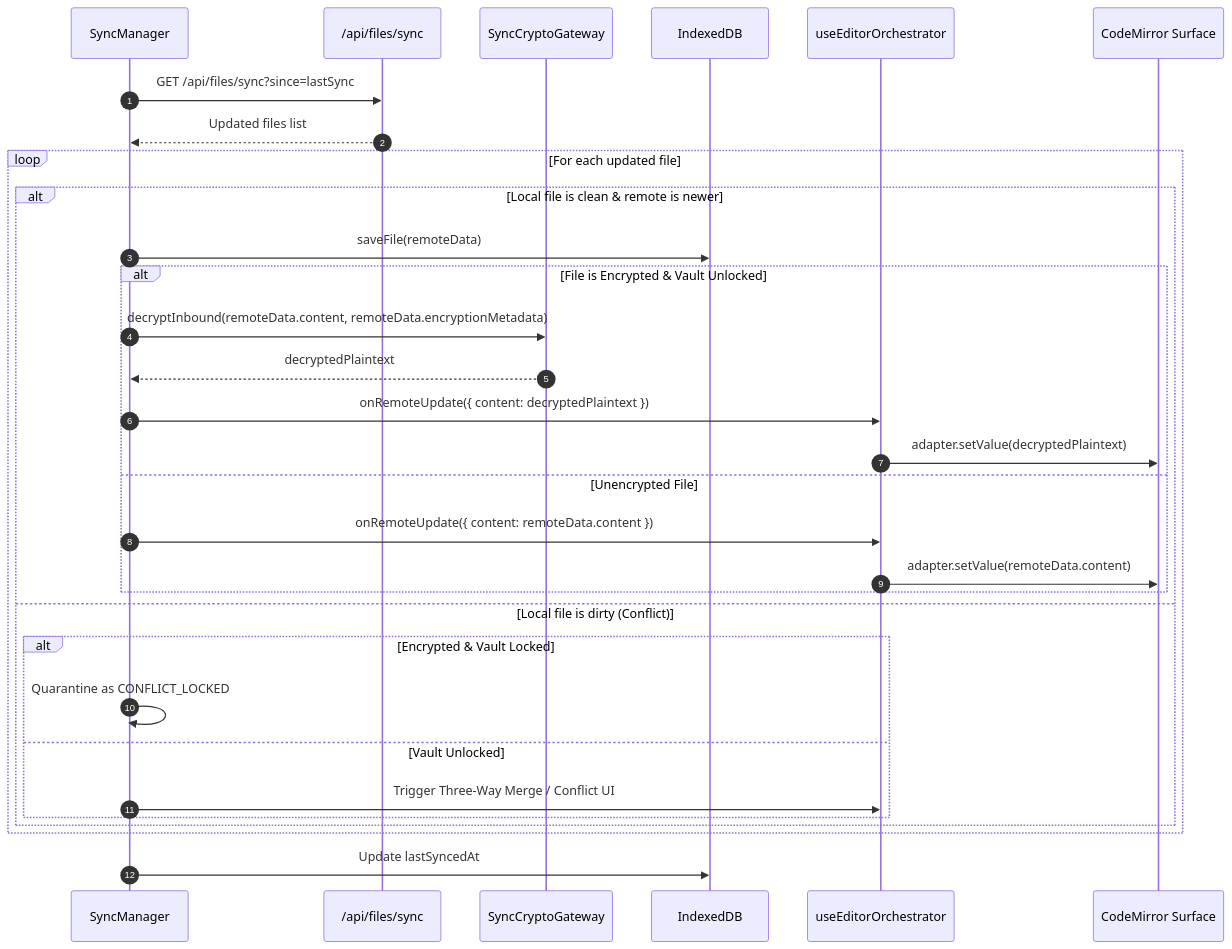
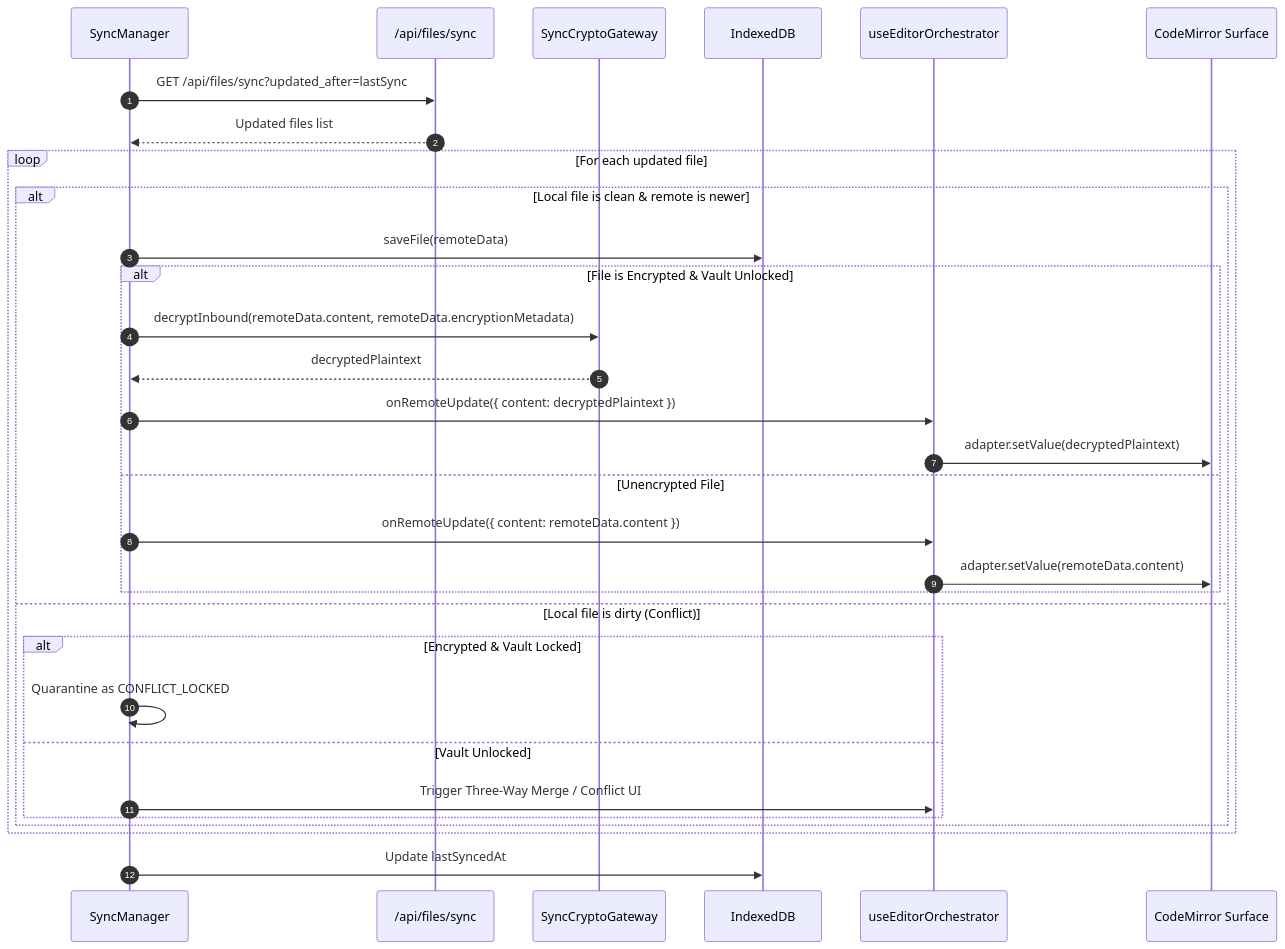
One commit to Abdullah931-stack/LUGX changed the third of 4 diagrams in docs/reference/SYNC_ARCHITECTURE.md. Above: the diagram before and after it, drawn with Mermaid. The commit also changed 19 other files, not shown here.

First line of the commit message:
docs(release): v1.25.3 comprehensive documentation audit, public plans & architectural parity

````diff
--- a/docs/reference/SYNC_ARCHITECTURE.md
+++ b/docs/reference/SYNC_ARCHITECTURE.md
@@ -125,34 +125,34 @@
 ```mermaid
 sequenceDiagram
     autonumber
     participant Sync as SyncManager
     participant API as /api/files/sync
     participant GW as SyncCryptoGateway
     participant IDB as IndexedDB
     participant Orch as useEditorOrchestrator
     participant CM as CodeMirror Surface
 
-    Sync->>API: GET /api/files/sync?since=lastSync
+    Sync->>API: GET /api/files/sync?updated_after=lastSync
     API-->>Sync: Updated files list
     loop For each updated file
         alt Local file is clean & remote is newer
             Sync->>IDB: saveFile(remoteData)
             alt File is Encrypted & Vault Unlocked
                 Sync->>GW: decryptInbound(remoteData.content, remoteData.encryptionMetadata)
                 GW-->>Sync: decryptedPlaintext
                 Sync->>Orch: onRemoteUpdate({ content: decryptedPlaintext })
                 Orch->>CM: adapter.setValue(decryptedPlaintext)
             else Unencrypted File
                 Sync->>Orch: onRemoteUpdate({ content: remoteData.content })
                 Orch->>CM: adapter.setValue(remoteData.content)
             end
         else Local file is dirty (Conflict)
             alt Encrypted & Vault Locked
                 Sync->>Sync: Quarantine as CONFLICT_LOCKED
             else Vault Unlocked
                 Sync->>Orch: Trigger Three-Way Merge / Conflict UI
             end
         end
     end
     Sync->>IDB: Update lastSyncedAt
 ```
````
